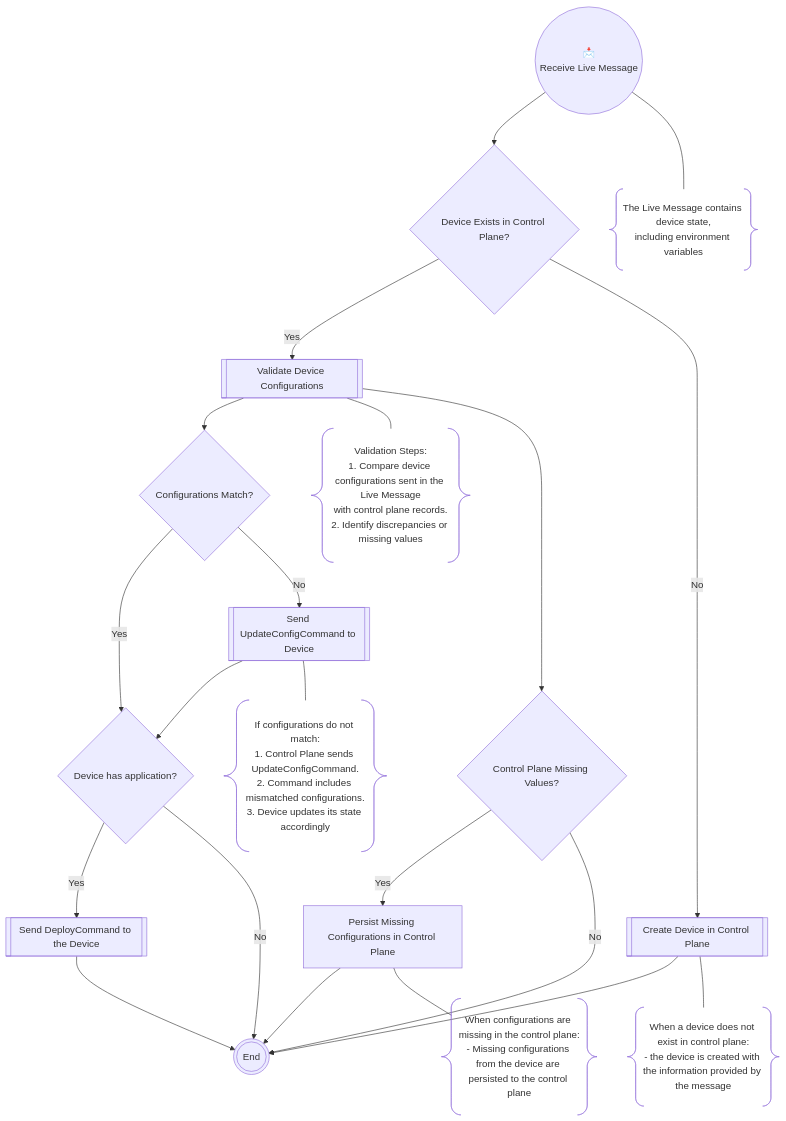
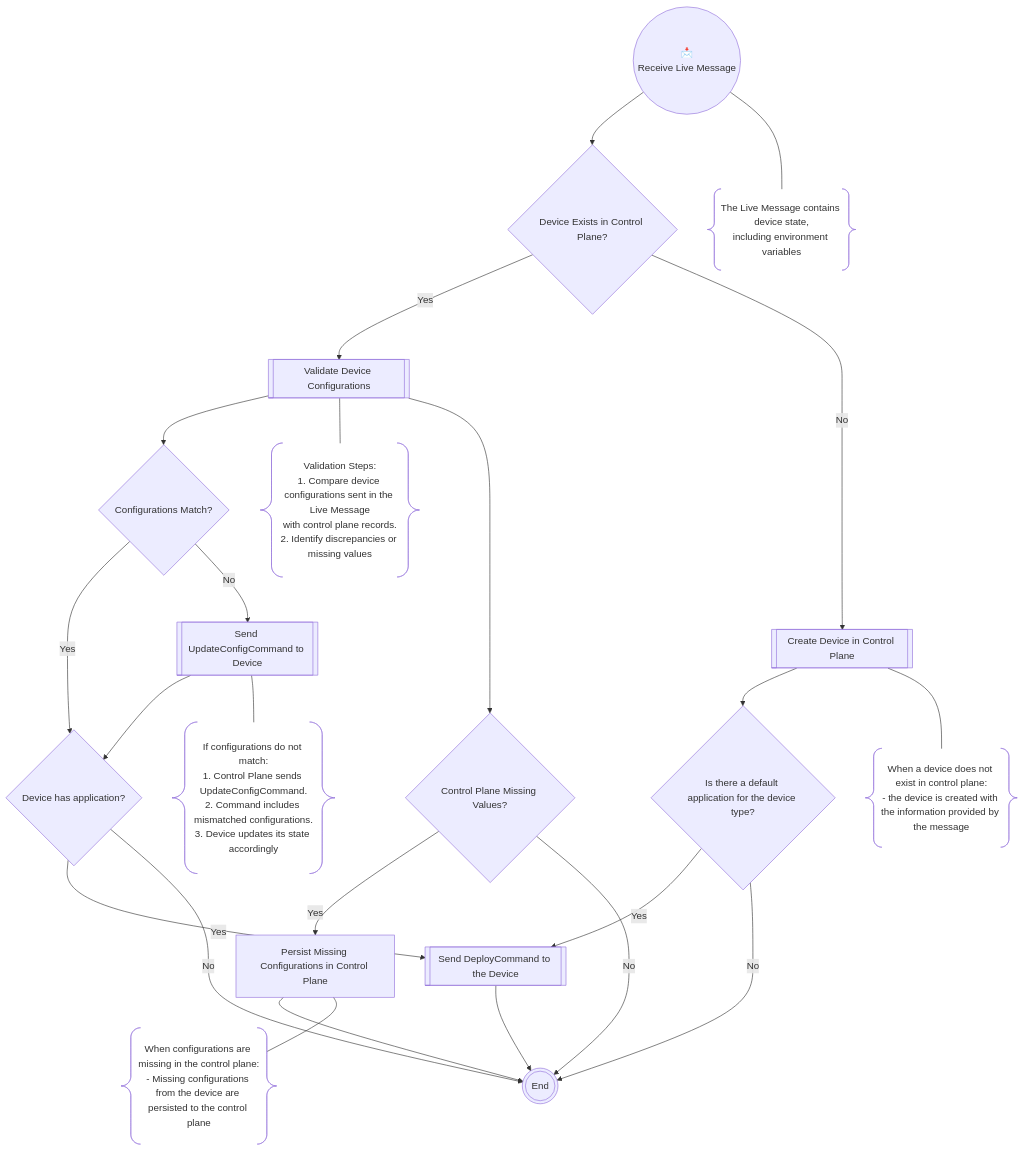
Before and after one commit to upv-tfm-iot/documentation: the diagram in _pages/7-live-message-flow.md, drawn with Mermaid.

Commit message:
update project

````diff
--- a/_pages/7-live-message-flow.md
+++ b/_pages/7-live-message-flow.md
@@ -11,38 +11,42 @@
 ```mermaid
 flowchart TD
     ReceiveMessage@{ shape: circle, label: "📩 <br/>Receive Live Message" }
     ReceiveMessage --> DeviceExists{Device Exists in Control Plane?}    
     ReceiveMessage --- NoteReceive
 
     %% Device existence check
     DeviceExists -- Yes --> ValidateConfigurations@{ shape: subproc, label: "Validate Device Configurations"}
     DeviceExists -- No --> CreateDevice@{ shape: subproc, label: "Create Device in Control Plane"}
-    CreateDevice --> End@{ shape: dbl-circ, label: "End" }
+    CreateDevice --> DefaultApplication{ Is there a default application for the device type? }
     CreateDevice --- NoteCreate
 
     %% Validation configurations path
     ValidateConfigurations --> ConfigurationsMatch{Configurations Match?}
     ConfigurationsMatch -- Yes --> DeviceHasApplication{Device has application?}
     ConfigurationsMatch -- No --> UpdateCommand@{ shape: subproc, label: "Send UpdateConfigCommand to Device"}
     UpdateCommand --> DeviceHasApplication
     ValidateConfigurations --- NoteValidate
     UpdateCommand --- NoteUpdate
 
     %% Control Plane Missing Values Path
     ValidateConfigurations --> MissingValues{Control Plane Missing Values?}
     MissingValues -- Yes --> PersistConfig[Persist Missing Configurations in Control Plane]
-    PersistConfig --> End
+    PersistConfig --> End@{ shape: dbl-circ, label: "End" }
     MissingValues -- No --> End
     PersistConfig --- NotePersist
 
+    %% check if there is any application marked as default for the device type
+    DefaultApplication -- Yes --> DeployCommand@{ shape: subproc, label: "Send DeployCommand to the Device"}
+    DefaultApplication -- No --> End
+
     %% Check if the device has an application associated with it
-    DeviceHasApplication -- Yes --> DeployCommand@{ shape: subproc, label: "Send DeployCommand to the Device"}
+    DeviceHasApplication -- Yes --> DeployCommand
     DeviceHasApplication -- No --> End
     DeployCommand --> End
 
     NoteReceive@{ shape: braces, label: "The Live Message contains device state,<br/>including environment variables" }
     NoteCreate@{ shape: braces, label: "When a device does not exist in control plane:<br/>- the device is created with the information provided by the message"}
     NoteValidate@{ shape: braces, label: "Validation Steps:<br/>1. Compare device configurations sent in the Live Message<br/>with control plane records.<br/>2. Identify discrepancies or missing values" }
     NoteUpdate@{ shape: braces, label: "If configurations do not match:<br/>1. Control Plane sends UpdateConfigCommand.<br/>2. Command includes mismatched configurations.<br/>3. Device updates its state accordingly"}
     NotePersist@{ shape: braces, label: "When configurations are missing in the control plane:<br/>- Missing configurations from the device are persisted to the control plane" }
 ```
````
